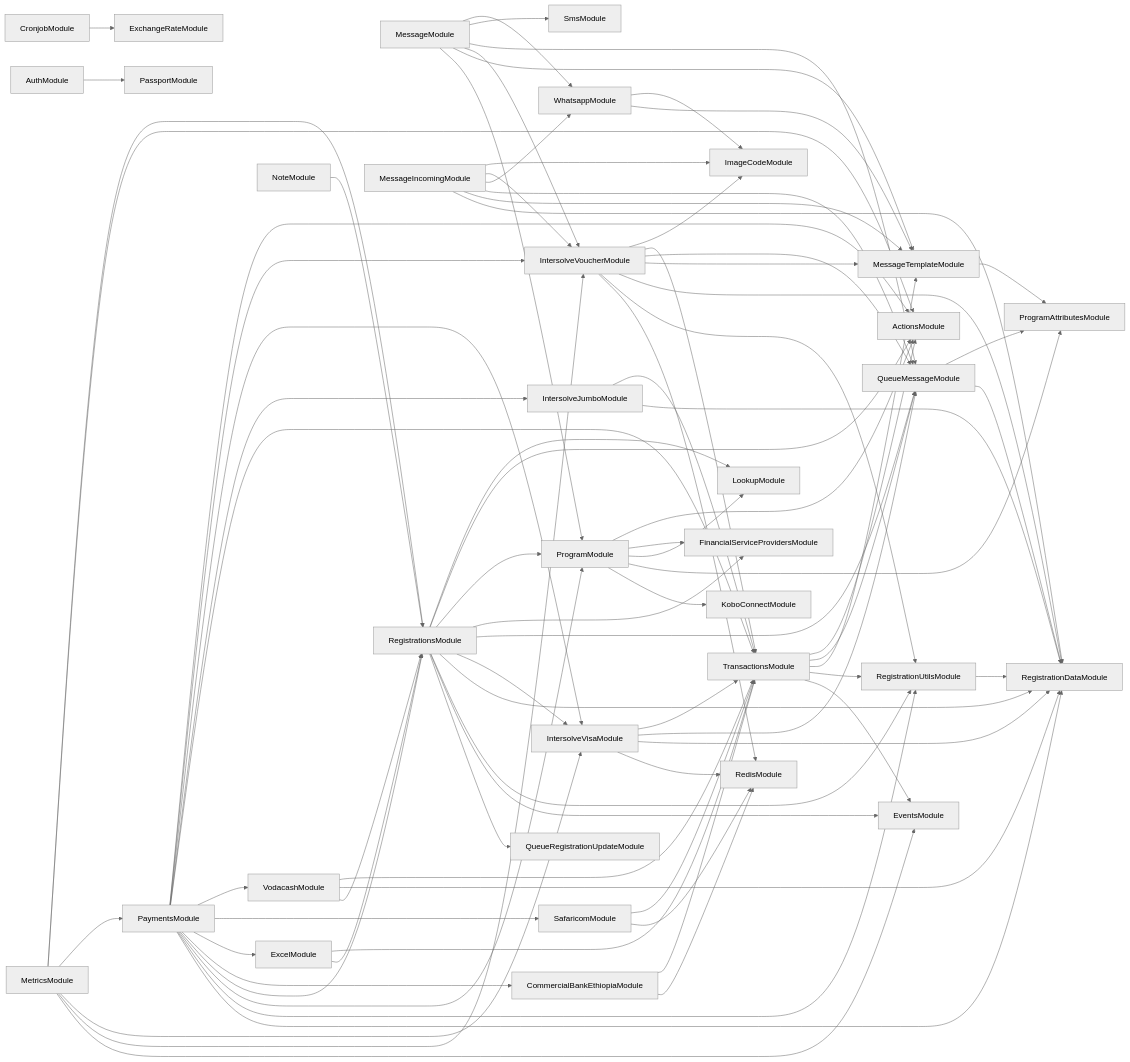
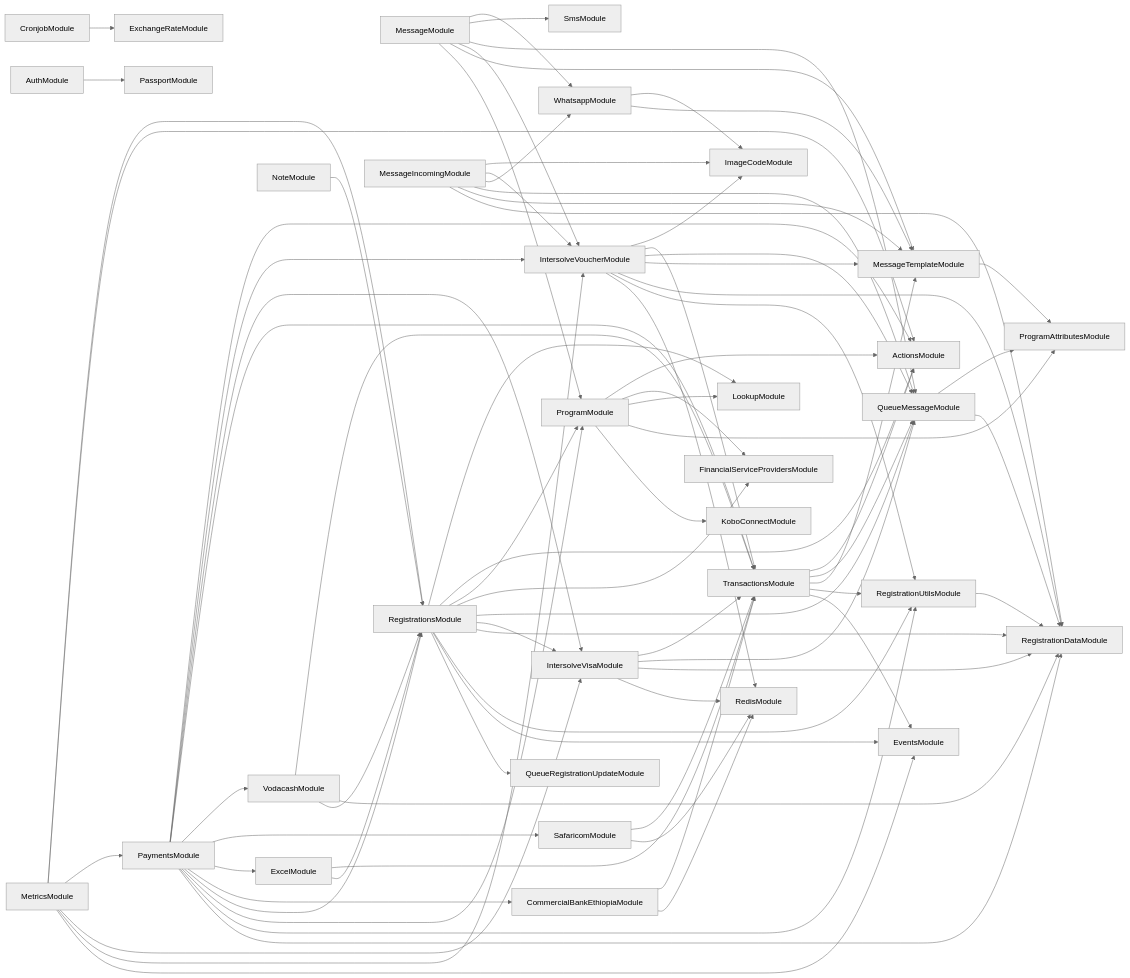
One commit to global-121/121-platform changed the diagram in services/121-service/module-dependencies.md. Above: the diagram before and after it, drawn with Mermaid (neutral theme). The commit also changed 28 other files, not shown here.

```diff
--- a/services/121-service/module-dependencies.md
+++ b/services/121-service/module-dependencies.md
@@ -52,9 +52,6 @@
   PaymentsModule-->ActionsModule
   PaymentsModule-->IntersolveVoucherModule
   PaymentsModule-->IntersolveVisaModule
-  PaymentsModule-->IntersolveJumboModule
-  IntersolveJumboModule-->TransactionsModule
-  IntersolveJumboModule-->RegistrationDataModule
   PaymentsModule-->TransactionsModule
   PaymentsModule-->VodacashModule
   VodacashModule-->TransactionsModule
```
